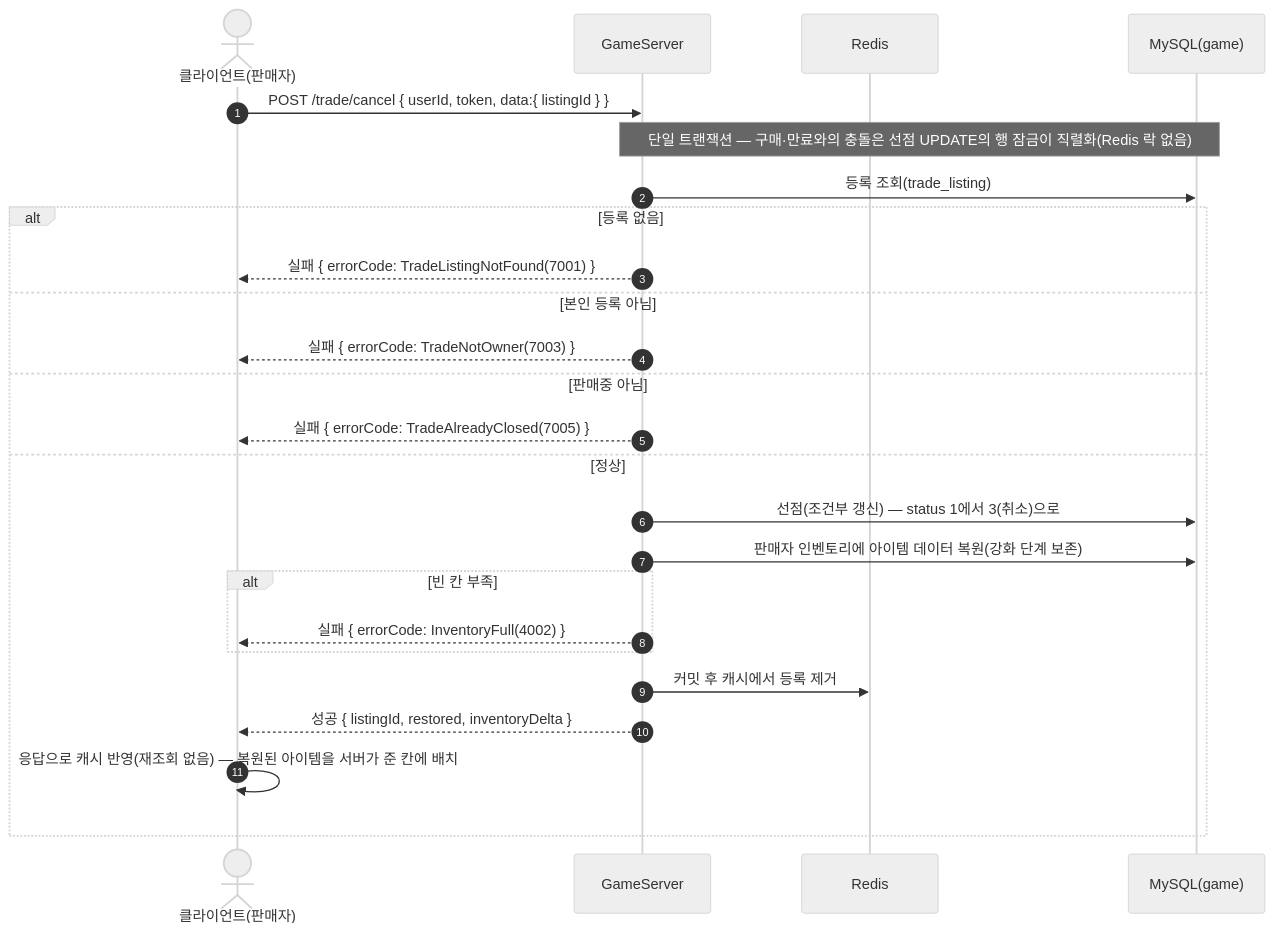
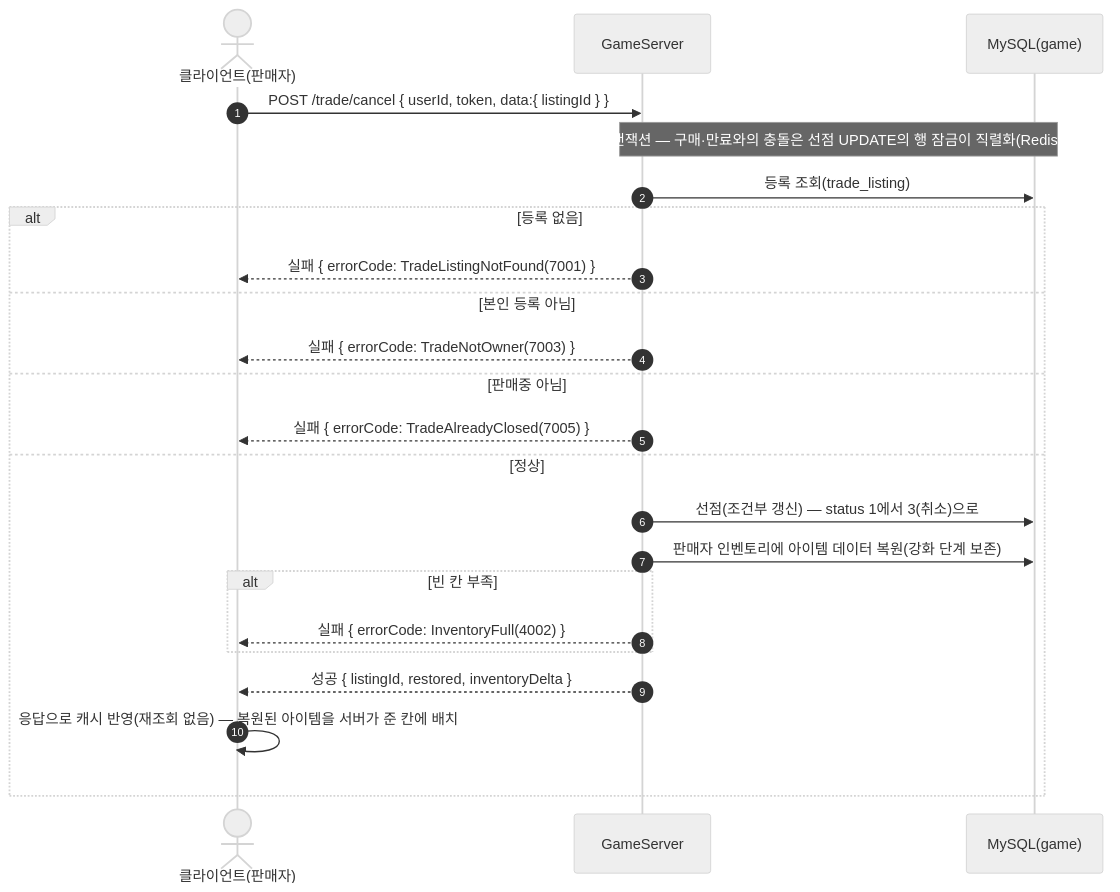
Before and after one commit to ks-wook/com2us-taskbar-hero: diagram 28 of 38 in SequenceDiagram/README.md, drawn with Mermaid (neutral theme). The commit also changed other lines of this file and 9 other files, not shown here.

````diff
--- a/SequenceDiagram/README.md
+++ b/SequenceDiagram/README.md
@@ -890,28 +877,26 @@
 ```mermaid
 sequenceDiagram
     autonumber
     actor C as 클라이언트(판매자)
     participant S as GameServer
-    participant R as Redis
     participant DB as MySQL(game)
 
     C->>S: POST /trade/cancel { userId, token, data:{ listingId } }
     Note over S,DB: 단일 트랜잭션 — 구매·만료와의 충돌은 선점 UPDATE의 행 잠금이 직렬화(Redis 락 없음)
     S->>DB: 등록 조회(trade_listing)
     alt 등록 없음
         S-->>C: 실패 { errorCode: TradeListingNotFound(7001) }
     else 본인 등록 아님
         S-->>C: 실패 { errorCode: TradeNotOwner(7003) }
     else 판매중 아님
         S-->>C: 실패 { errorCode: TradeAlreadyClosed(7005) }
     else 정상
         S->>DB: 선점(조건부 갱신) — status 1에서 3(취소)으로
         S->>DB: 판매자 인벤토리에 아이템 데이터 복원(강화 단계 보존)
         alt 빈 칸 부족
             S-->>C: 실패 { errorCode: InventoryFull(4002) }
         end
-        S->>R: 커밋 후 캐시에서 등록 제거
         S-->>C: 성공 { listingId, restored, inventoryDelta }
         C->>C: 응답으로 캐시 반영(재조회 없음) — 복원된 아이템을 서버가 준 칸에 배치
     end
 ```
````
